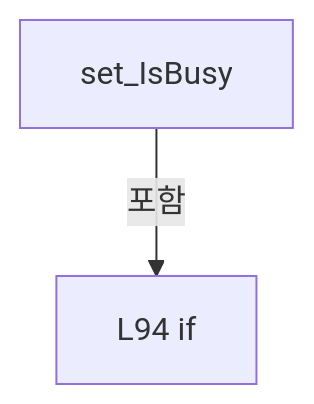
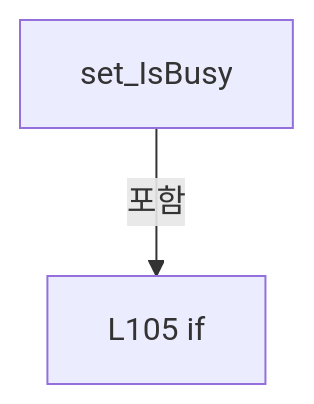
The first of 14 diagrams in A3 LD Code Ref/files/Drilling.UI/Menu/Menus/CMenuCorrection.ReviewData.cs.md (kjuws10-rgb/Shared), drawn with Mermaid before and after one commit. The commit also changed other lines of this file and 2071 other files, not shown here.

Commit message:
docs(a3): update 11.19.0 architecture and code reference

````diff
--- a/A3 LD Code Ref/files/Drilling.UI/Menu/Menus/CMenuCorrection.ReviewData.cs.md
+++ b/A3 LD Code Ref/files/Drilling.UI/Menu/Menus/CMenuCorrection.ReviewData.cs.md
@@ -1119,6 +1278,6 @@
 ```mermaid
 flowchart TD
  M["set_IsBusy"]
- N0["L94 if"]
+ N0["L105 if"]
  M -->|포함| N0
 ```
````
